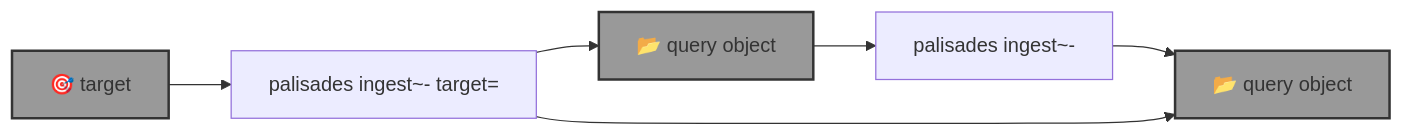
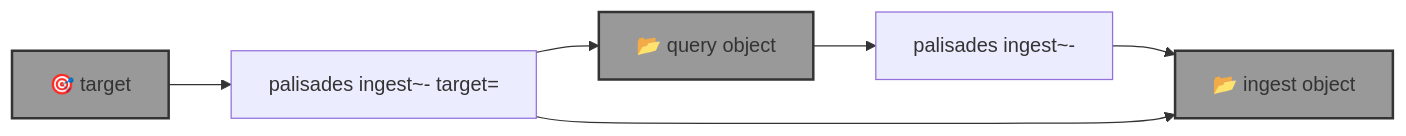
One commit to kamangir/blue-sandbox changed the diagram in blue_sandbox/palisades/template.md. Above: the diagram before and after it, drawn with Mermaid. The commit also changed 3 other files, not shown here.

````diff
--- a/blue_sandbox/palisades/template.md
+++ b/blue_sandbox/palisades/template.md
@@ -5,18 +5,18 @@
 ```mermaid
 graph LR
     palisades_ingest_query["palisades ingest~- <query-object-name> <ingest-object-name>"]
     palisades_ingest_target["palisades ingest~- target=<target> <ingest-object-name>"]
 
     target["🎯 target"]:::folder
     query_object["📂 query object"]:::folder
-    ingest_object["📂 query object"]:::folder
+    ingest_object["📂 ingest object"]:::folder
 
     query_object --> palisades_ingest_query
     palisades_ingest_query --> ingest_object
 
     target --> palisades_ingest_target
     palisades_ingest_target --> query_object
     palisades_ingest_target --> ingest_object
 
     classDef folder fill:#999,stroke:#333,stroke-width:2px;
 ```
````
